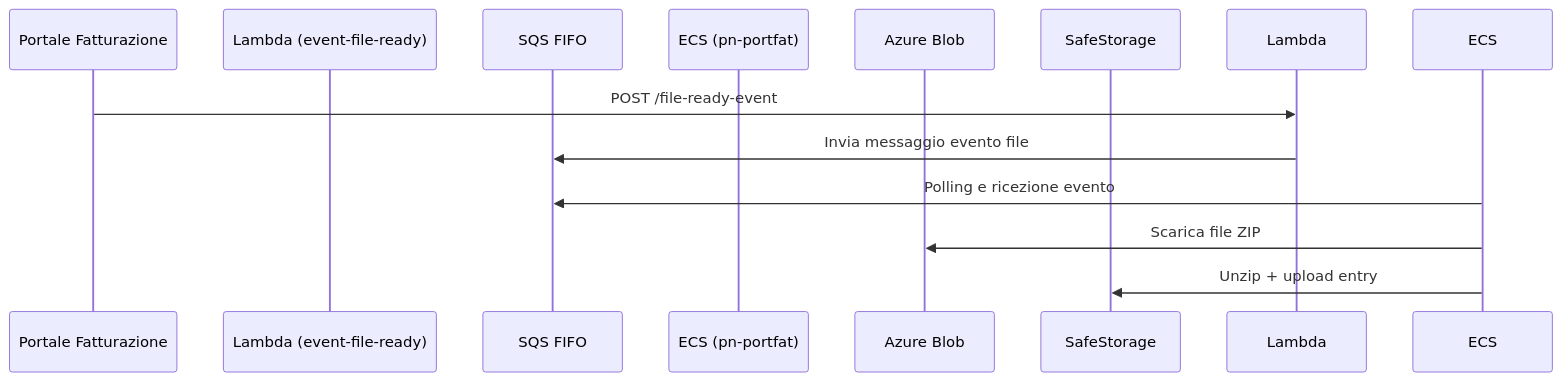
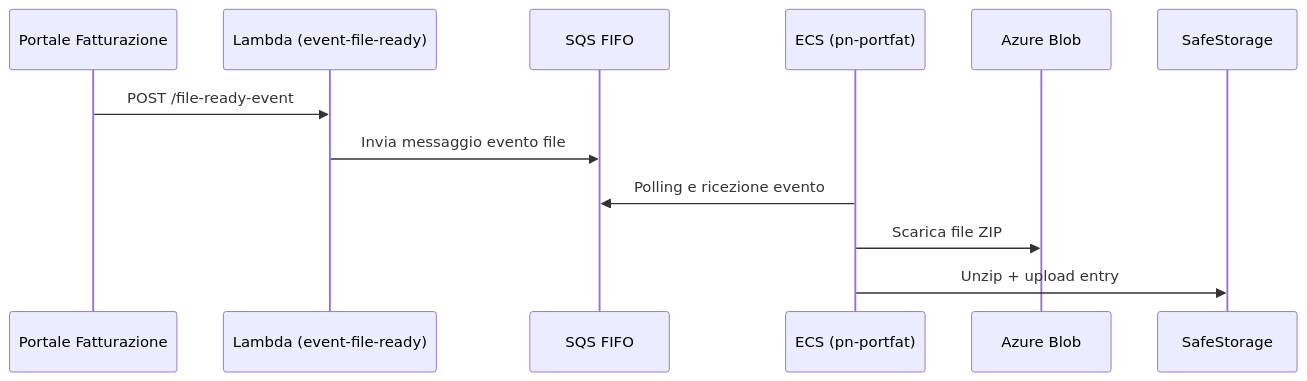
Before and after one commit to pagopa/pn-portfat: the first of 2 diagrams in README.md, drawn with Mermaid.

Commit message:
feature(doc): updated README.md

````diff
--- a/README.md
+++ b/README.md
@@ -23,15 +23,15 @@
 ```mermaid
 sequenceDiagram
     participant Portale Fatturazione
     participant Lambda (event-file-ready)
     participant SQS FIFO
     participant ECS (pn-portfat)
     participant Azure Blob
     participant SafeStorage
 
-    Portale Fatturazione->>Lambda: POST /file-ready-event
-    Lambda->>SQS FIFO: Invia messaggio evento file
-    ECS->>SQS FIFO: Polling e ricezione evento
-    ECS->>Azure Blob: Scarica file ZIP
-    ECS->>SafeStorage: Unzip + upload entry
+    Portale Fatturazione->>Lambda (event-file-ready): POST /file-ready-event
+    Lambda (event-file-ready)->>SQS FIFO: Invia messaggio evento file
+    ECS (pn-portfat)->>SQS FIFO: Polling e ricezione evento
+    ECS (pn-portfat)->>Azure Blob: Scarica file ZIP
+    ECS (pn-portfat)->>SafeStorage: Unzip + upload entry
 ```
````
